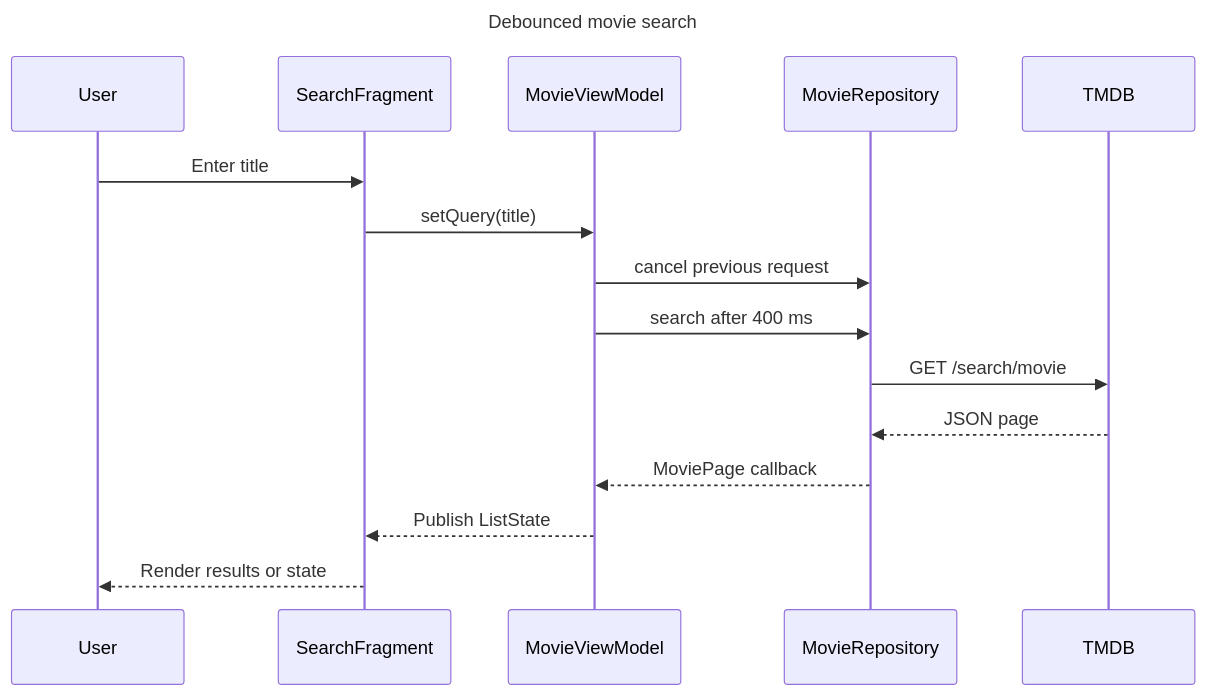
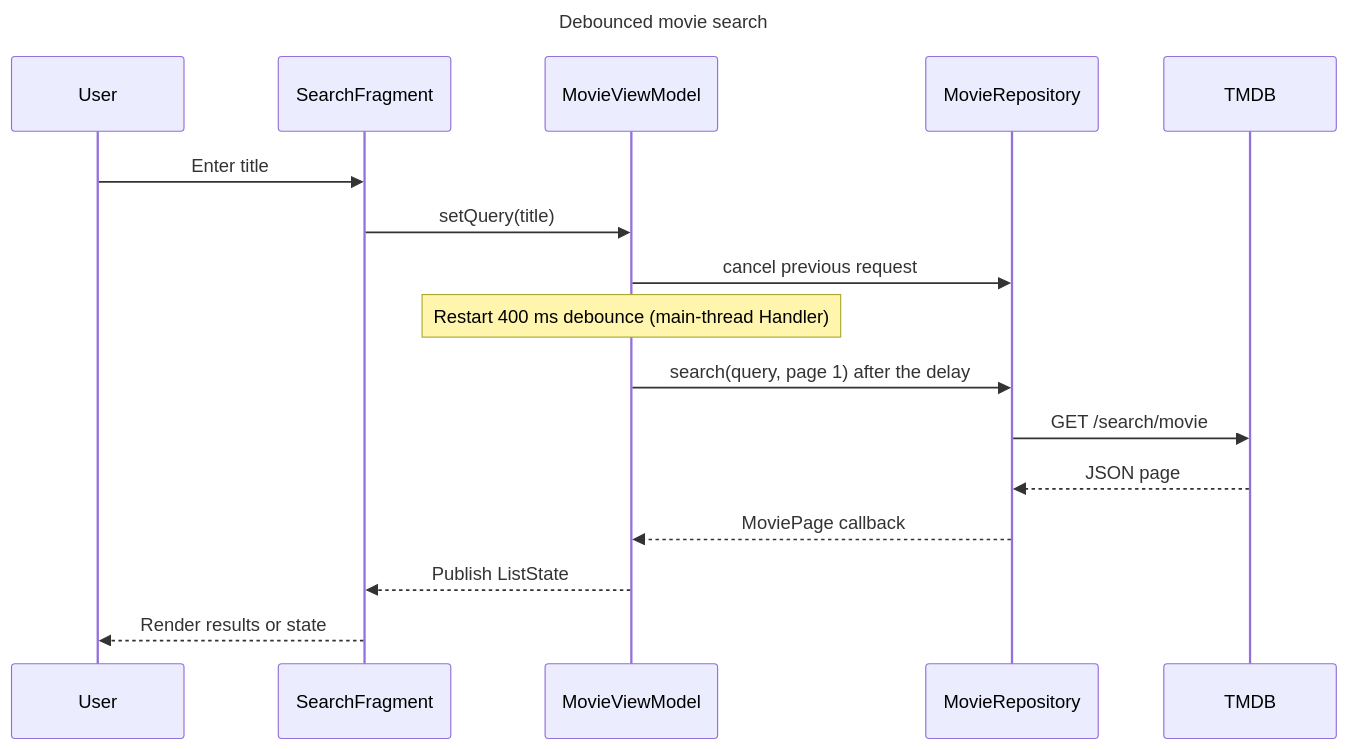
One commit to USTH-B3-Projects/MAD-IMDB-Client changed the second of 4 diagrams in docs/architecture.md. Above: the diagram before and after it, drawn with Mermaid. The commit also changed other lines of this file, not shown here.

````diff
--- a/docs/architecture.md
+++ b/docs/architecture.md
@@ -48,19 +48,20 @@
 ```mermaid
 sequenceDiagram
     title Debounced movie search
     participant User
     participant SearchFragment
     participant MovieViewModel
     participant MovieRepository
     participant TMDB
 
     User->>SearchFragment: Enter title
     SearchFragment->>MovieViewModel: setQuery(title)
     MovieViewModel->>MovieRepository: cancel previous request
-    MovieViewModel->>MovieRepository: search after 400 ms
+    Note over MovieViewModel: Restart 400 ms debounce (main-thread Handler)
+    MovieViewModel->>MovieRepository: search(query, page 1) after the delay
     MovieRepository->>TMDB: GET /search/movie
     TMDB-->>MovieRepository: JSON page
     MovieRepository-->>MovieViewModel: MoviePage callback
     MovieViewModel-->>SearchFragment: Publish ListState
     SearchFragment-->>User: Render results or state
 ```
````
